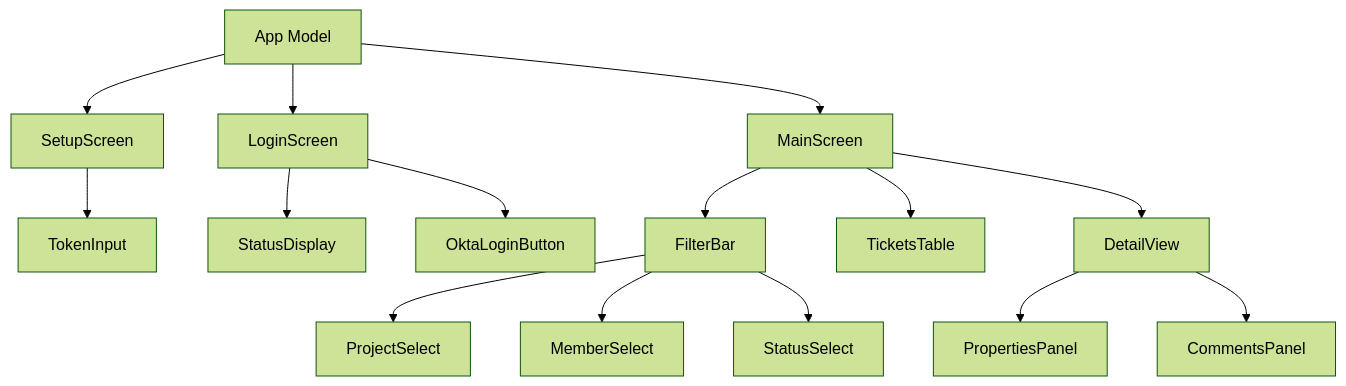
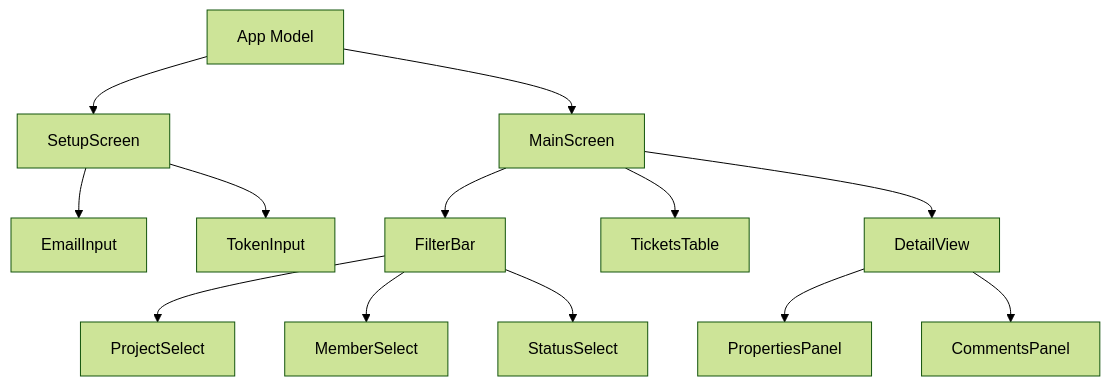
The third of 4 diagrams in documentation/technical-details.md (stainedhead/gojira-tmux), drawn with Mermaid (forest theme) before and after one commit. The commit also changed other lines of this file and 54 other files, not shown here.

````diff
--- a/documentation/technical-details.md
+++ b/documentation/technical-details.md
@@ -191,23 +173,20 @@
 ```mermaid
 graph TD
     App[App Model]
     App --> Setup[SetupScreen]
-    App --> Login[LoginScreen]
     App --> Main[MainScreen]
 
+    Setup --> EmailInput[EmailInput]
     Setup --> TokenInput[TokenInput]
-
-    Login --> StatusDisplay[StatusDisplay]
-    Login --> OktaButton[OktaLoginButton]
 
     Main --> FilterBar[FilterBar]
     Main --> TicketsTable[TicketsTable]
     Main --> DetailView[DetailView]
 
     FilterBar --> ProjectSelect
     FilterBar --> MemberSelect
     FilterBar --> StatusSelect
 
     DetailView --> PropertiesPanel
     DetailView --> CommentsPanel
 ```
````
